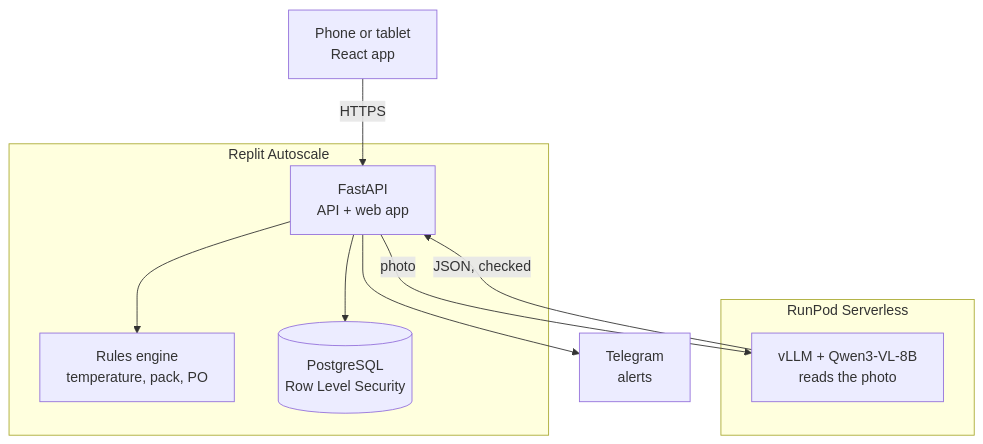
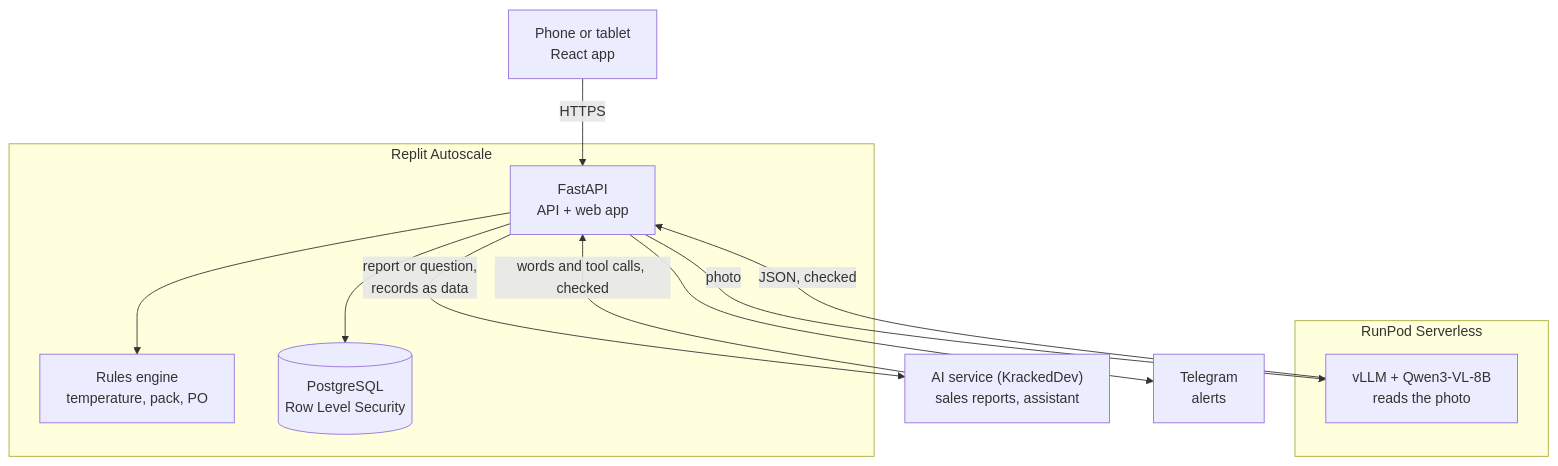
One commit to Dellrall/SOPBox changed the diagram in README.md. Above: the diagram before and after it, drawn with Mermaid. The commit also changed other lines of this file and 4 other files, not shown here.

Commit message:
docs: README, features, judging and development notes for lots, sales sheet, reports, assistant and print

````diff
--- a/README.md
+++ b/README.md
@@ -96,20 +99,23 @@
 ```mermaid
 flowchart TB
   phone["Phone or tablet<br/>React app"]
   subgraph replit["Replit Autoscale"]
     api["FastAPI<br/>API + web app"]
     rules["Rules engine<br/>temperature, pack, PO"]
     db[("PostgreSQL<br/>Row Level Security")]
   end
   subgraph runpod["RunPod Serverless"]
     model["vLLM + Qwen3-VL-8B<br/>reads the photo"]
   end
+  llm["AI service (KrackedDev)<br/>sales reports, assistant"]
   tg["Telegram<br/>alerts"]
 
   phone -->|HTTPS| api
   api --> rules
   api --> db
   api -->|photo| model
   model -->|"JSON, checked"| api
+  api -->|"report or question,<br/>records as data"| llm
+  llm -->|"words and tool calls, checked"| api
   api --> tg
 ```
````
